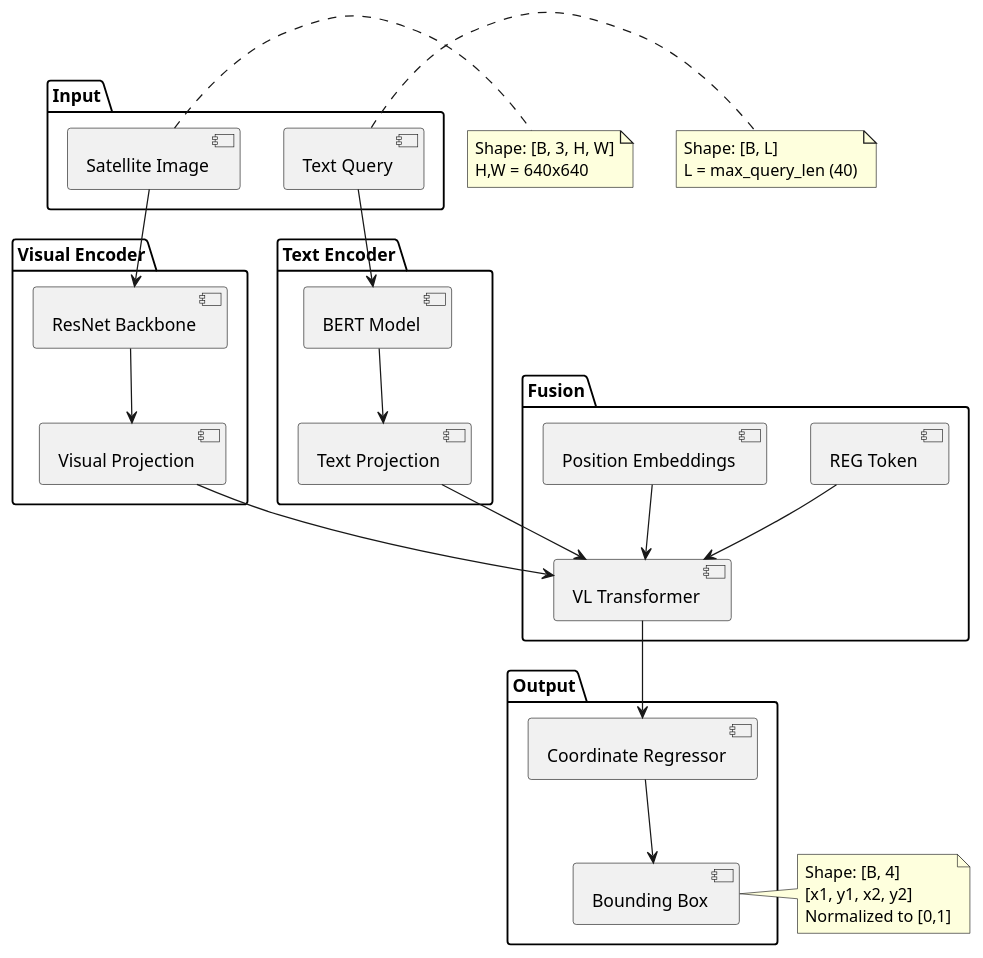
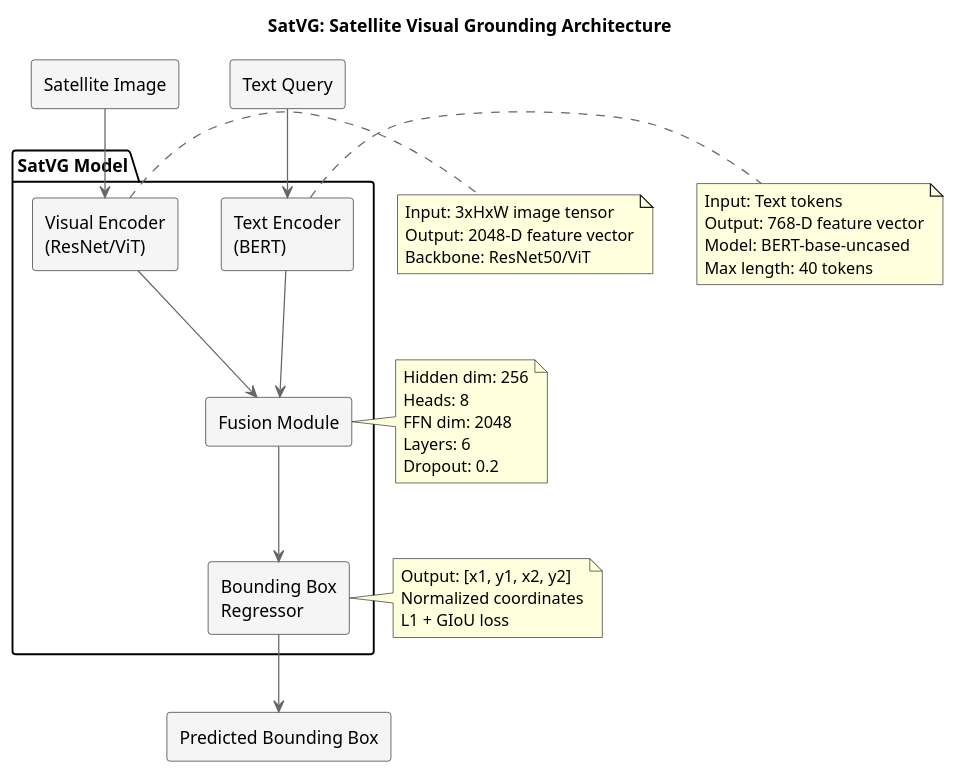
Before and after one commit to aniketp02/Trans-VG: the diagram in sat_vg/docs/architecture.puml, drawn with PlantUML. The commit also changed 3 other files, not shown here.

```diff
--- a/sat_vg/docs/architecture.puml
+++ b/sat_vg/docs/architecture.puml
@@ -1,58 +1,51 @@
-@startuml SatVG Architecture
+@startuml
 
-package "Input" {
-    [Satellite Image] as img
-    [Text Query] as text
+skinparam backgroundColor white
+skinparam componentStyle rectangle
+skinparam arrowColor #666666
+skinparam componentBackgroundColor #f5f5f5
+
+title SatVG: Satellite Visual Grounding Architecture
+
+package "SatVG Model" {
+    [Visual Encoder\n(ResNet/ViT)] as VisualEncoder
+    [Text Encoder\n(BERT)] as TextEncoder
+    [Fusion Module] as Fusion
+    [Bounding Box\nRegressor] as Regressor
 }
 
-package "Visual Encoder" {
-    [ResNet Backbone] as resnet
-    [Visual Projection] as vproj
-}
+[Satellite Image] --> VisualEncoder
+[Text Query] --> TextEncoder
+VisualEncoder --> Fusion
+TextEncoder --> Fusion
+Fusion --> Regressor
+Regressor --> [Predicted Bounding Box]
 
-package "Text Encoder" {
-    [BERT Model] as bert
-    [Text Projection] as tproj
-}
-
-package "Fusion" {
-    [REG Token] as reg
-    [Position Embeddings] as pos
-    [VL Transformer] as trans
-}
-
-package "Output" {
-    [Coordinate Regressor] as regressor
-    [Bounding Box] as bbox
-}
-
-img --> resnet
-resnet --> vproj
-text --> bert
-bert --> tproj
-
-vproj --> trans
-tproj --> trans
-reg --> trans
-pos --> trans
-
-trans --> regressor
-regressor --> bbox
-
-note right of img
-  Shape: [B, 3, H, W]
-  H,W = 640x640
+note right of VisualEncoder
+  Input: 3xHxW image tensor
+  Output: 2048-D feature vector
+  Backbone: ResNet50/ViT
 end note
 
-note right of text
-  Shape: [B, L]
-  L = max_query_len (40)
+note right of TextEncoder
+  Input: Text tokens
+  Output: 768-D feature vector
+  Model: BERT-base-uncased
+  Max length: 40 tokens
 end note
 
-note right of bbox
-  Shape: [B, 4]
-  [x1, y1, x2, y2]
-  Normalized to [0,1]
+note right of Fusion
+  Hidden dim: 256
+  Heads: 8
+  FFN dim: 2048
+  Layers: 6
+  Dropout: 0.2
+end note
+
+note right of Regressor
+  Output: [x1, y1, x2, y2]
+  Normalized coordinates
+  L1 + GIoU loss
 end note
 
 @enduml 
```
